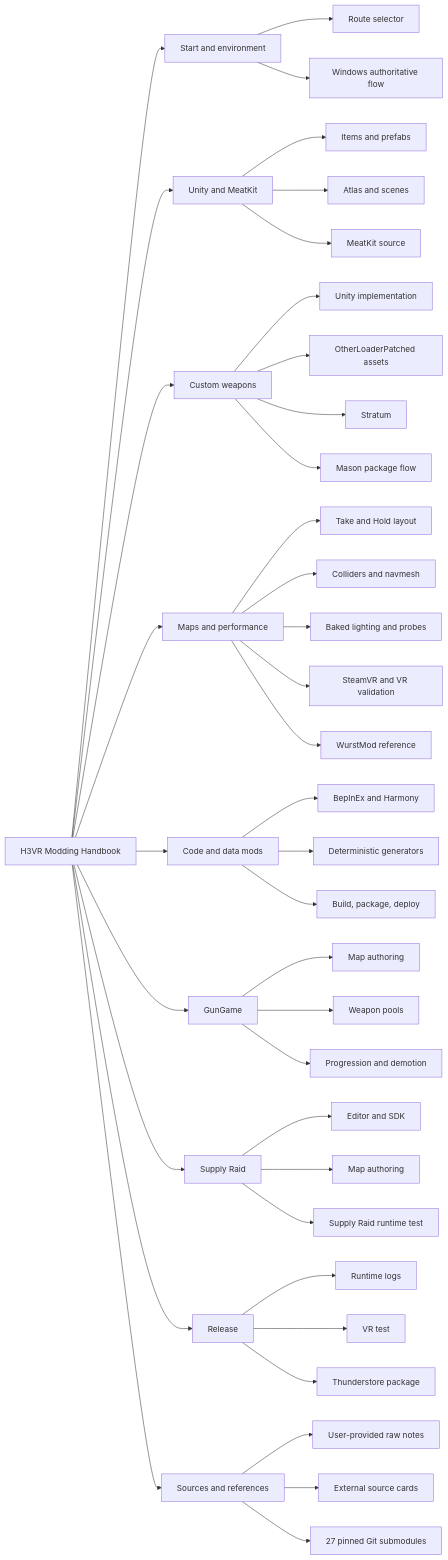
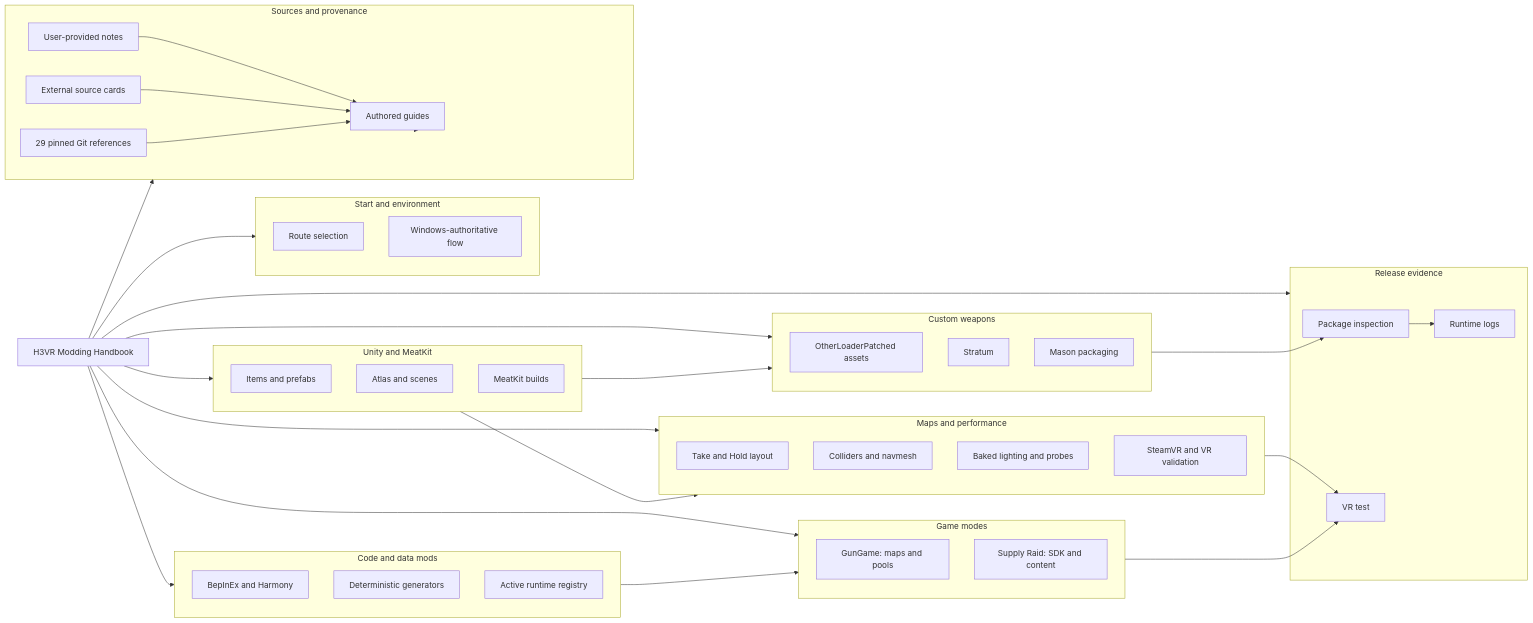
The diagram in docs/navigation/mind-map.md (haohlin/H3VR-modding-handbook), drawn with Mermaid before and after one commit. The commit also changed other lines of this file and 5 other files, not shown here.

````diff
--- a/docs/navigation/mind-map.md
+++ b/docs/navigation/mind-map.md
@@ -6,51 +7,73 @@
-~~~mermaid
+```mermaid
 flowchart LR
   handbook[H3VR Modding Handbook]
 
-  handbook --> start[Start and environment]
-  start --> selector[Route selector]
-  start --> boundary[Windows authoritative flow]
+  subgraph start[Start and environment]
+    selector[Route selection]
+    boundary[Windows-authoritative flow]
+  end
 
-  handbook --> unity[Unity and MeatKit]
-  unity --> item[Items and prefabs]
-  unity --> atlas[Atlas and scenes]
-  unity --> meatkit[MeatKit source]
+  subgraph unity[Unity and MeatKit]
+    items[Items and prefabs]
+    scenes[Atlas and scenes]
+    builds[MeatKit builds]
+  end
 
-  handbook --> weapons[Custom weapons]
-  weapons --> implementation[Unity implementation]
-  weapons --> otherloader[OtherLoaderPatched assets]
-  weapons --> stratum[Stratum]
-  weapons --> mason[Mason package flow]
+  subgraph weapons[Custom weapons]
+    olp[OtherLoaderPatched assets]
+    stratum[Stratum]
+    mason[Mason packaging]
+  end
 
-  handbook --> maps[Maps and performance]
-  maps --> tnh[Take and Hold layout]
-  maps --> physics[Colliders and navmesh]
-  maps --> lighting[Baked lighting and probes]
-  maps --> profiling[SteamVR and VR validation]
-  maps --> wurstmod[WurstMod reference]
+  subgraph maps[Maps and performance]
+    tnh[Take and Hold layout]
+    physics[Colliders and navmesh]
+    lighting[Baked lighting and probes]
+    profiling[SteamVR and VR validation]
+  end
 
-  handbook --> code[Code and data mods]
-  code --> bepinex[BepInEx and Harmony]
-  code --> generator[Deterministic generators]
-  code --> package[Build, package, deploy]
+  subgraph code[Code and data mods]
+    bepinex[BepInEx and Harmony]
+    generator[Deterministic generators]
+    registry[Active runtime registry]
+  end
 
-  handbook --> gungame[GunGame]
-  gungame --> gungameMap[Map authoring]
-  gungame --> pools[Weapon pools]
-  gungame --> progression[Progression and demotion]
+  subgraph modes[Game modes]
+    gungame[GunGame: maps and pools]
+    supplyraid[Supply Raid: SDK and content]
+  end
 
-  handbook --> supplyraid[Supply Raid]
-  supplyraid --> srEditor[Editor and SDK]
-  supplyraid --> srMap[Map authoring]
-  supplyraid --> srTest[Supply Raid runtime test]
+  subgraph release[Release evidence]
+    package[Package inspection]
+    logs[Runtime logs]
+    vrtest[VR test]
+  end
 
-  handbook --> release[Release]
-  release --> logs[Runtime logs]
-  release --> vrtest[VR test]
-  release --> thunderstore[Thunderstore package]
+  subgraph sources[Sources and provenance]
+    authored[Authored guides]
+    raw[User-provided notes]
+    cards[External source cards]
+    pins[29 pinned Git references]
+  end
 
-  handbook --> sources[Sources and references]
-  sources --> raw[User-provided raw notes]
-  sources --> cards[External source cards]
-  sources --> git[27 pinned Git submodules]
-~~~
+  handbook --> start
+  handbook --> unity
+  handbook --> weapons
+  handbook --> maps
+  handbook --> code
+  handbook --> modes
+  handbook --> release
+  handbook --> sources
+
+  unity --> weapons
+  unity --> maps
+  code --> modes
+  weapons --> package
+  maps --> vrtest
+  modes --> vrtest
+  package --> logs
+  sources --> authored
+  raw --> authored
+  cards --> authored
+  pins --> authored
+```
````
